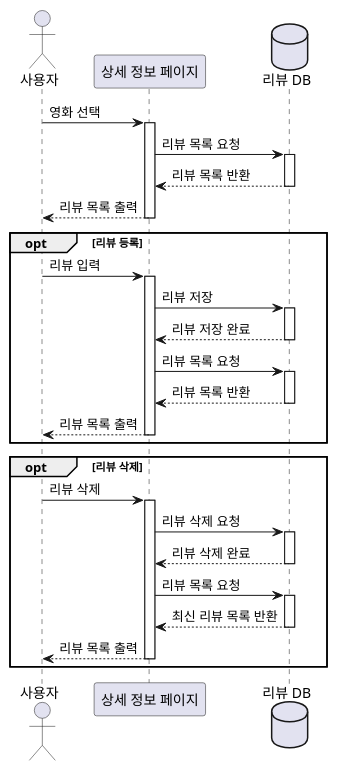
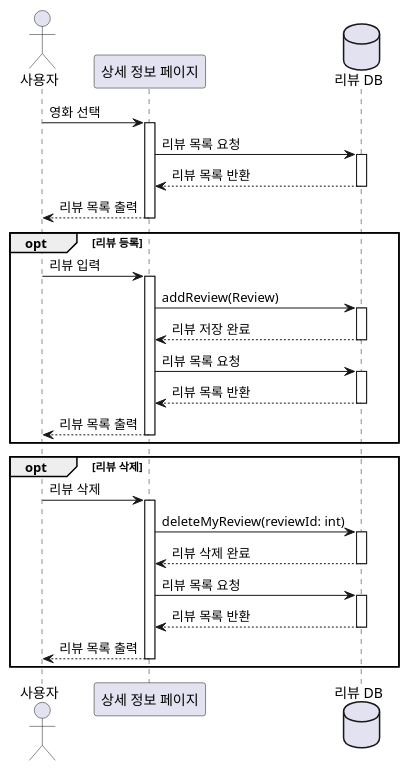
One commit to marmot8080/SWE changed the diagram in src/sequence_review.puml. Above: the diagram before and after it, drawn with PlantUML. The commit also changed 6 other files, not shown here.

Commit message:
Update sequence diagram

```diff
--- a/src/sequence_review.puml
+++ b/src/sequence_review.puml
@@ -1,46 +1,46 @@
 @startuml
 
 actor "사용자" as user
 participant "상세 정보 페이지" as detailPage
 database "리뷰 DB" as db
 
 user -> detailPage : 영화 선택
 activate detailPage
 detailPage -> db : 리뷰 목록 요청
 activate db
 db --> detailPage : 리뷰 목록 반환
 deactivate db
 detailPage --> user : 리뷰 목록 출력
 deactivate detailPage
 
 opt 리뷰 등록
 user -> detailPage : 리뷰 입력
 activate detailPage
-detailPage -> db : 리뷰 저장
+detailPage -> db : addReview(Review)
 activate db
 db --> detailPage : 리뷰 저장 완료
 deactivate db
 detailPage -> db : 리뷰 목록 요청
 activate db
 db --> detailPage : 리뷰 목록 반환
 deactivate db
 detailPage --> user : 리뷰 목록 출력
 deactivate detailPage
 end
 
 opt 리뷰 삭제
 user -> detailPage : 리뷰 삭제
 activate detailPage
-detailPage -> db : 리뷰 삭제 요청
+detailPage -> db : deleteMyReview(reviewId: int)
 activate db
 db --> detailPage : 리뷰 삭제 완료
 deactivate db
 detailPage -> db : 리뷰 목록 요청
 activate db
-db --> detailPage : 최신 리뷰 목록 반환
+db --> detailPage : 리뷰 목록 반환
 deactivate db
 detailPage --> user : 리뷰 목록 출력
 deactivate detailPage
 end
 
 @enduml
```
